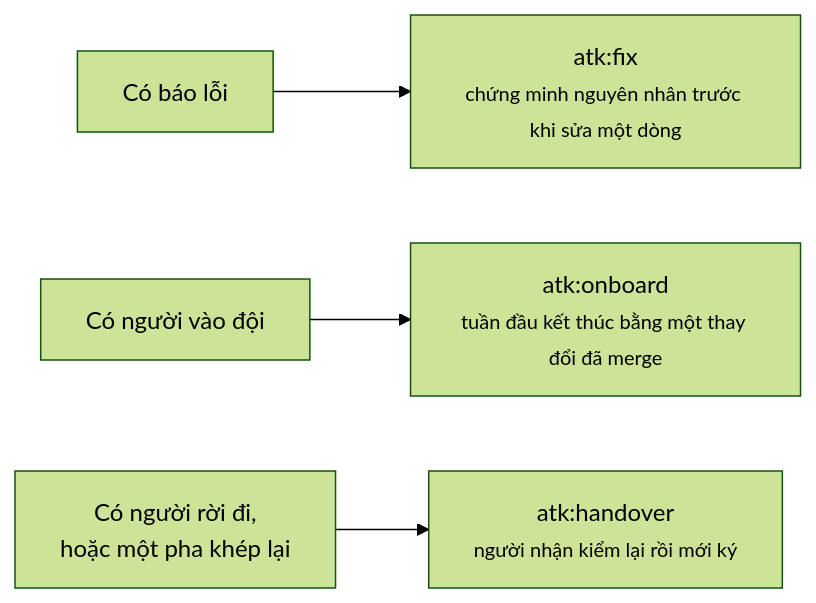
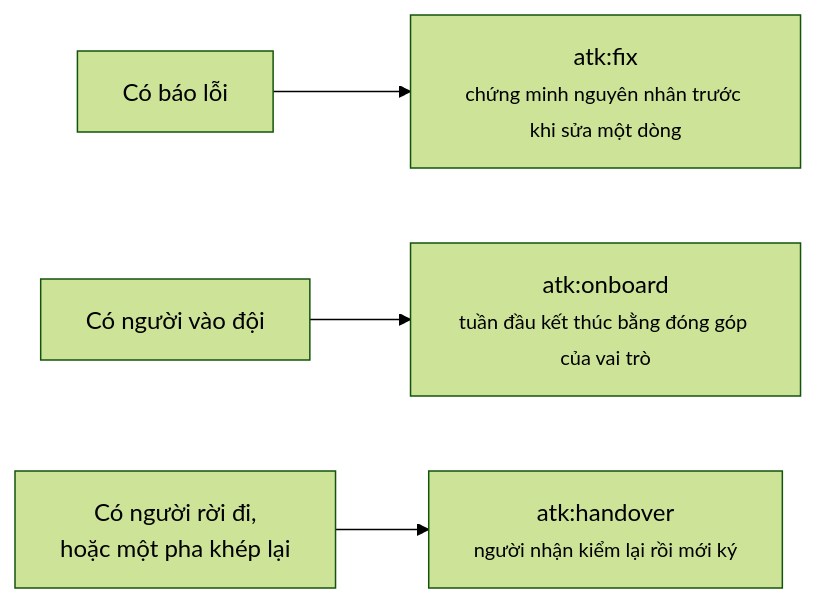
The third of 3 diagrams in docs/vi/flow/project-flow.md (lamngockhuong/aiteamkit), drawn with Mermaid (forest theme) before and after one commit. The commit also changed 24 other files, not shown here.

First line of the commit message:
fix: close three findings a skill run reported against atk:onboard (#37)

````diff
--- a/docs/vi/flow/project-flow.md
+++ b/docs/vi/flow/project-flow.md
@@ -140,6 +140,6 @@
 ```mermaid
 flowchart LR
     X1["Có báo lỗi"] --> X2["atk:fix<br/><small>chứng minh nguyên nhân trước khi sửa một dòng</small>"]
-    X3["Có người vào đội"] --> X4["atk:onboard<br/><small>tuần đầu kết thúc bằng một thay đổi đã merge</small>"]
+    X3["Có người vào đội"] --> X4["atk:onboard<br/><small>tuần đầu kết thúc bằng đóng góp của vai trò</small>"]
     X5["Có người rời đi,<br/>hoặc một pha khép lại"] --> X6["atk:handover<br/><small>người nhận kiểm lại rồi mới ký</small>"]
 ```
````
